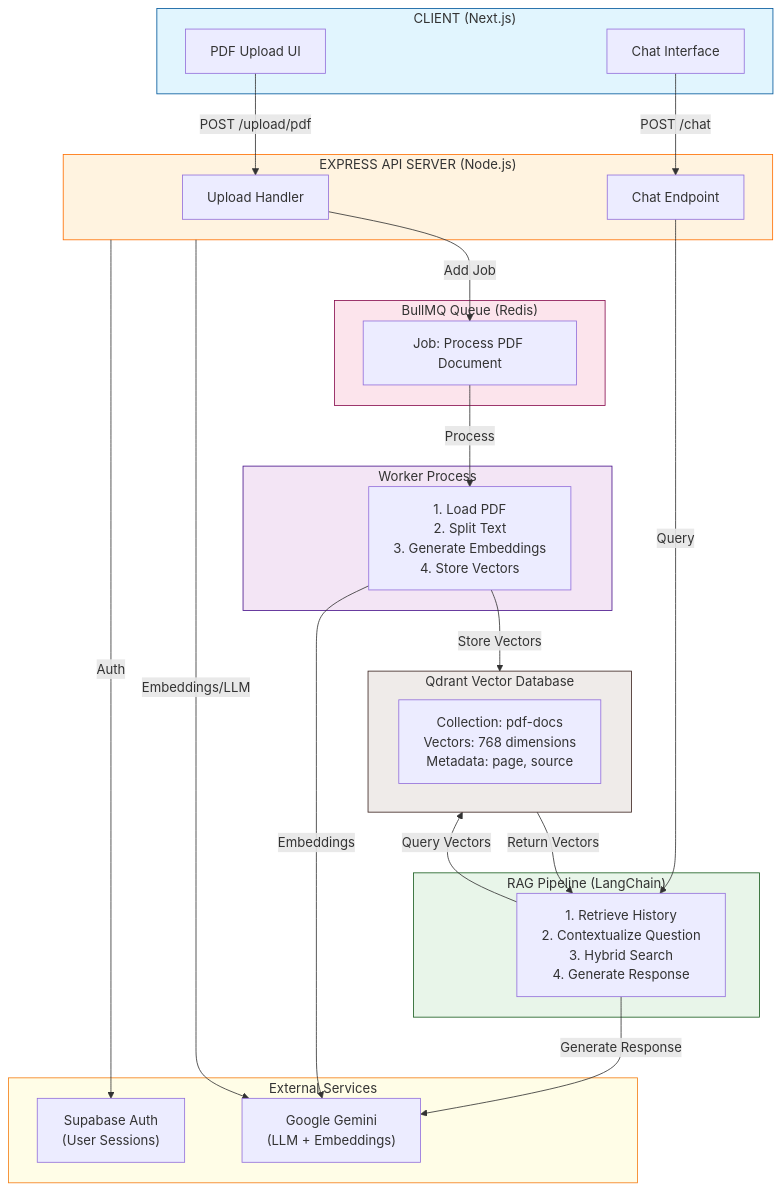
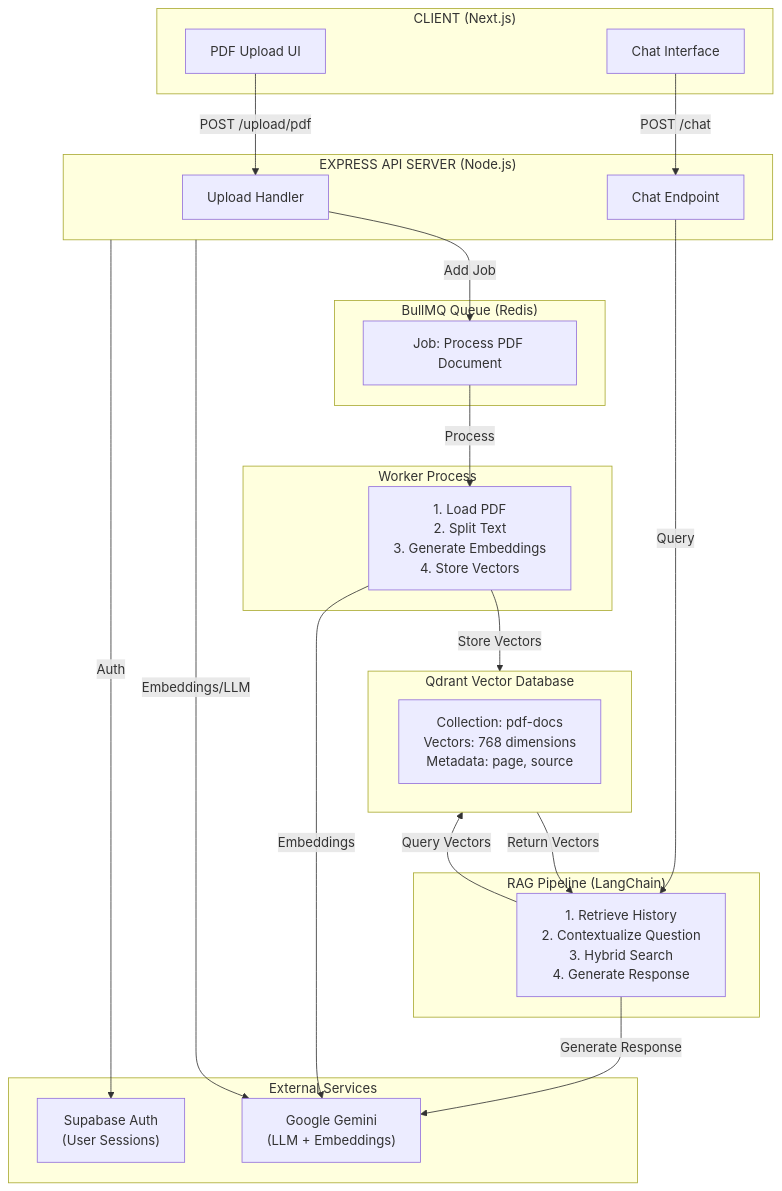
Before and after one commit to AbhinavCoder-14/PromptPage: the first of 3 diagrams in README.md, drawn with Mermaid.

Commit message:
Remove style definitions and add contrast comment
Removed specific style definitions for various components in the diagram and added a comment about enforcing black text for high contrast.

````diff
--- a/README.md
+++ b/README.md
@@ -124,57 +124,51 @@
 ```mermaid
 flowchart TD
     subgraph Client ["CLIENT (Next.js)"]
         UploadUI["PDF Upload UI"]
         ChatUI["Chat Interface"]
     end
 
     subgraph Server ["EXPRESS API SERVER (Node.js)"]
         UploadHandler["Upload Handler"]
         ChatEndpoint["Chat Endpoint"]
     end
 
     subgraph Queue ["BullMQ Queue (Redis)"]
         Job["Job: Process PDF Document"]
     end
 
     subgraph Worker ["Worker Process"]
         ProcessPDF["1. Load PDF\n2. Split Text\n3. Generate Embeddings\n4. Store Vectors"]
     end
 
     subgraph RAG ["RAG Pipeline (LangChain)"]
         RAGSteps["1. Retrieve History\n2. Contextualize Question\n3. Hybrid Search\n4. Generate Response"]
     end
 
     subgraph VectorDB ["Qdrant Vector Database"]
         QdrantData["Collection: pdf-docs\nVectors: 768 dimensions\nMetadata: page, source"]
     end
 
     subgraph External ["External Services"]
         Supabase["Supabase Auth\n(User Sessions)"]
         Gemini["Google Gemini\n(LLM + Embeddings)"]
     end
 
     UploadUI -->|POST /upload/pdf| UploadHandler
     ChatUI -->|POST /chat| ChatEndpoint
 
     UploadHandler -->|Add Job| Job
     Job -->|Process| ProcessPDF
     ProcessPDF -->|Store Vectors|VectorDB
 
     ChatEndpoint -->|Query| RAGSteps
     RAGSteps -->|Query Vectors| VectorDB
     VectorDB -->|Return Vectors| RAGSteps
     RAGSteps -->|Generate Response| Gemini
 
     Server -->|Auth| Supabase
     Server -->|Embeddings/LLM| Gemini
     ProcessPDF -->|Embeddings| Gemini
 
-    style Client fill:#e1f5fe,stroke:#01579b
-    style Server fill:#fff3e0,stroke:#ff6f00
-    style Queue fill:#fce4ec,stroke:#880e4f
-    style Worker fill:#f3e5f5,stroke:#4a148c
-    style RAG fill:#e8f5e9,stroke:#1b5e20
-    style VectorDB fill:#efebe9,stroke:#3e2723
-    style External fill:#fffde7,stroke:#f57f17
+    %% Added 'color:#000000' to force black text for high contrast
 ```
````
